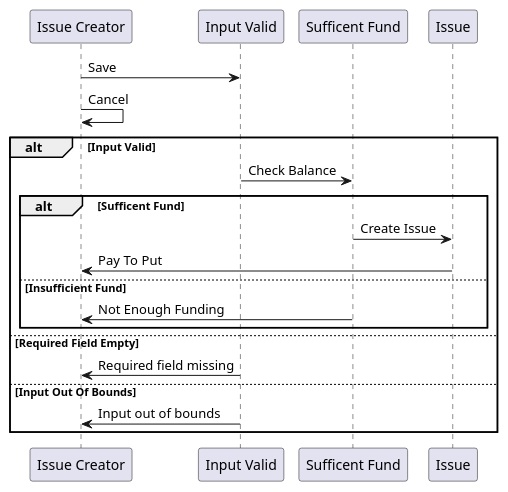
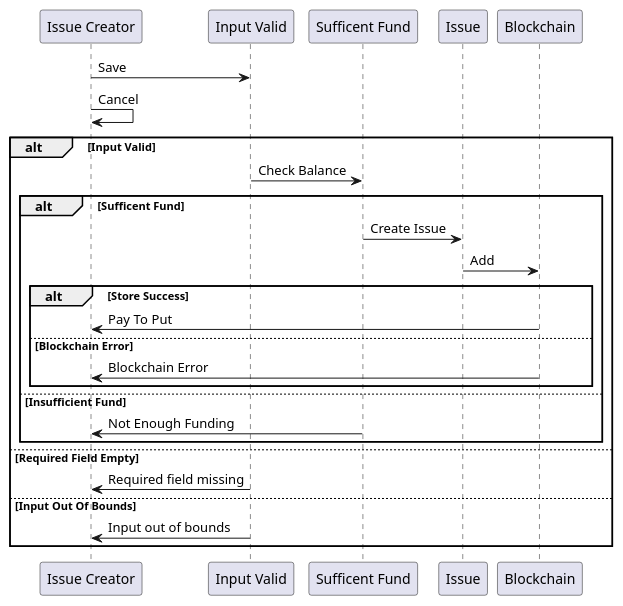
The diagram in UML/UC 10 - Create Issue - Pay to Put/UC10 - Activity.puml (NeaBouli/TrueRepublic), drawn with PlantUML before and after one commit. The commit also changed 5 other files, not shown here.

```diff
--- a/UML/UC 10 - Create Issue - Pay to Put/UC10 - Activity.puml
+++ b/UML/UC 10 - Create Issue - Pay to Put/UC10 - Activity.puml
@@ -1,26 +1,33 @@
 @startuml "UC10 Create Issue"
 "Issue Creator" -> "Input Valid": Save
 "Issue Creator" -> "Issue Creator": Cancel
 
 alt Input Valid
 
     "Input Valid" -> "Sufficent Fund": Check Balance
 
     alt Sufficent Fund
         "Sufficent Fund" -> Issue: Create Issue
-        "Issue" -> "Issue Creator": Pay To Put
+        "Issue" -> "Blockchain": Add 
+        
+        alt Store Success
+             "Blockchain" -> "Issue Creator": Pay To Put
+        else Blockchain Error
+            "Blockchain" -> "Issue Creator" : Blockchain Error
+        end
+         
     else Insufficient Fund
         "Sufficent Fund" -> "Issue Creator" : Not Enough Funding
-    end
-
+     end
+    
 else Required Field Empty
 
     "Input Valid" -> "Issue Creator": Required field missing
 
 else Input Out Of Bounds
 
    "Input Valid" -> "Issue Creator": Input out of bounds
 
 end
 
 @enduml
```
